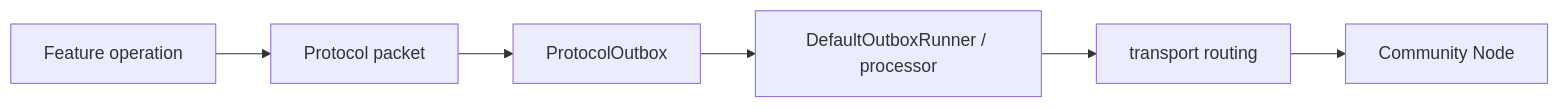
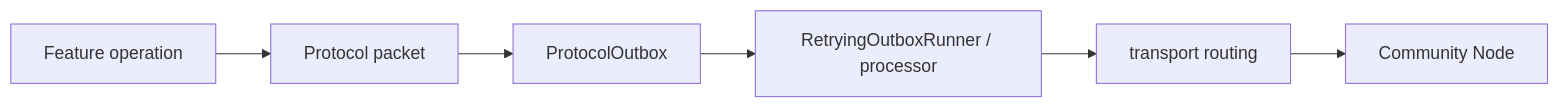
Before and after one commit to cbgm/Sparrow: the diagram in docs/architecture/runtime-flows.md, drawn with Mermaid. The commit also changed other lines of this file and 1796 other files, not shown here.

````diff
--- a/docs/architecture/runtime-flows.md
+++ b/docs/architecture/runtime-flows.md
@@ -17,8 +17,8 @@
 ```mermaid
 flowchart LR
     FEATURE[Feature operation] --> PACKET[Protocol packet]
     PACKET --> OUTBOX[ProtocolOutbox]
-    OUTBOX --> RUNNER[DefaultOutboxRunner / processor]
+    OUTBOX --> RUNNER[RetryingOutboxRunner / processor]
     RUNNER --> ROUTE[transport routing]
     ROUTE --> NODE[Community Node]
 ```
````
